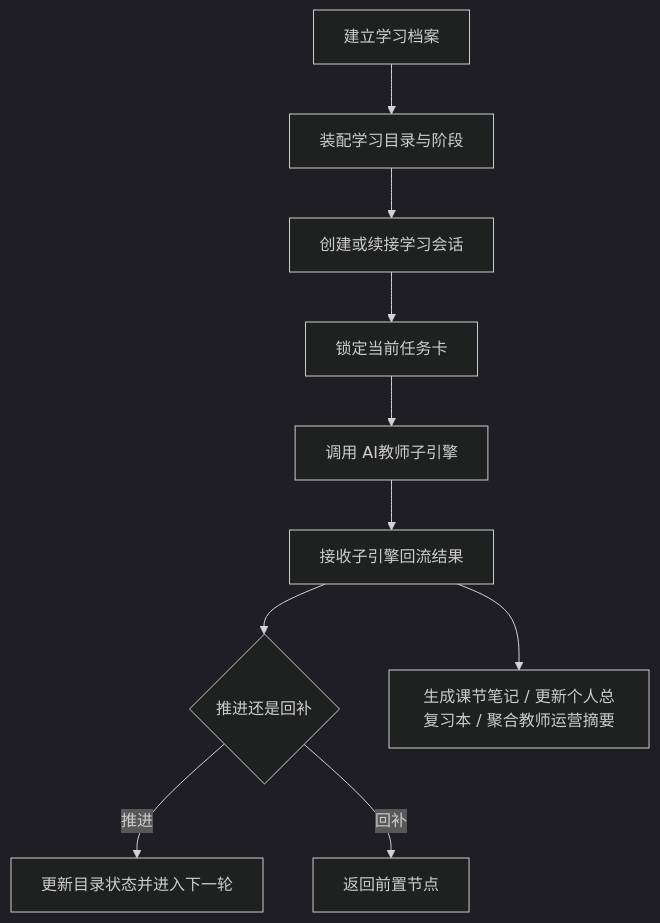
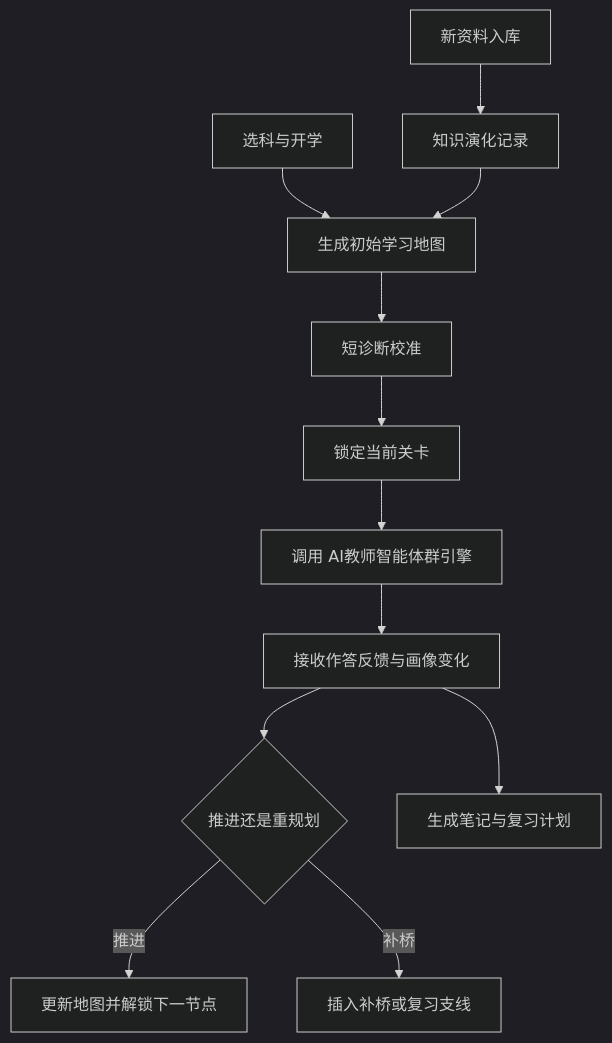
One commit to chenqsq/doc-showcase changed the diagram in doc/智能体文档/平台层/AI主导学习平台-学习生命周期与编排策略.md. Above: the diagram before and after it, drawn with Mermaid (dark theme). The commit also changed other lines of this file and 42 other files, not shown here.

Commit message:
文档站：切换 AI 主导学习生命周期与实时演化学习地图口径

````diff
--- a/doc/智能体文档/平台层/AI主导学习平台-学习生命周期与编排策略.md
+++ b/doc/智能体文档/平台层/AI主导学习平台-学习生命周期与编排策略.md
@@ -45,12 +31,14 @@
 ```mermaid
 flowchart TD
-    A["建立学习档案"] --> B["装配学习目录与阶段"]
-    B --> C["创建或续接学习会话"]
-    C --> D["锁定当前任务卡"]
-    D --> E["调用 AI教师子引擎"]
-    E --> F["接收子引擎回流结果"]
-    F --> G{"推进还是回补"}
-    G -->|推进| H["更新目录状态并进入下一轮"]
-    G -->|回补| I["返回前置节点"]
-    F --> J["生成课节笔记 / 更新个人总复习本 / 聚合教师运营摘要"]
+    A[选科与开学] --> B[生成初始学习地图]
+    B --> C[短诊断校准]
+    C --> D[锁定当前关卡]
+    D --> E[调用 AI教师智能体群引擎]
+    E --> F[接收作答反馈与画像变化]
+    F --> G{推进还是重规划}
+    G -->|推进| H[更新地图并解锁下一节点]
+    G -->|补桥| I[插入补桥或复习支线]
+    F --> J[生成笔记与复习计划]
+    K[新资料入库] --> L[知识演化记录]
+    L --> B
 ```
````
